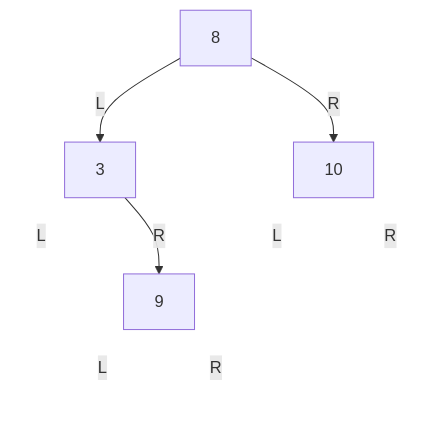
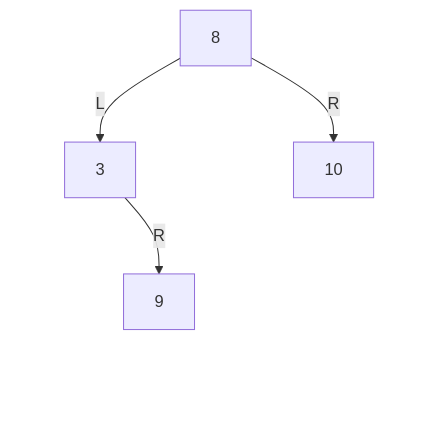
Before and after one commit to FormingSystem/linux_note: the second of 6 diagrams in knowledge/linux/data_structures/红黑树_rb-tree/P03_二叉搜索树_BST.md, drawn with Mermaid. The commit also changed other lines of this file and 3 other files, not shown here.

````diff
--- a/knowledge/linux/data_structures/红黑树_rb-tree/P03_二叉搜索树_BST.md
+++ b/knowledge/linux/data_structures/红黑树_rb-tree/P03_二叉搜索树_BST.md
@@ -143,37 +143,37 @@
 ```mermaid
 graph TD
 		A["8"]
 
 		B["3"]
 		C["10"]
 
 		B_L[" "]
 		D["9"]
 		C_L[" "]
 		C_R[" "]
 
 		D_L[" "]
 		D_R[" "]
 
 	A -->|L| B
 	A -->|R| C
 
-	B -->|L| B_L
+	B --> B_L
 	B -->|R| D
 
-	C -->|L| C_L
-	C -->|R| C_R
+	C --> C_L
+	C --> C_R
 
-	D -->|L| D_L
-	D -->|R| D_R
+	D --> D_L
+	D --> D_R
 
 	classDef ghost fill:transparent,stroke:transparent,color:transparent;
 	class B_L,C_L,C_R,D_L,D_R ghost;
 
 
 	linkStyle 2 stroke:transparent;
 	linkStyle 4 stroke:transparent;
 	linkStyle 5 stroke:transparent;
 	linkStyle 6 stroke:transparent;
 	linkStyle 7 stroke:transparent;
 ```
````
